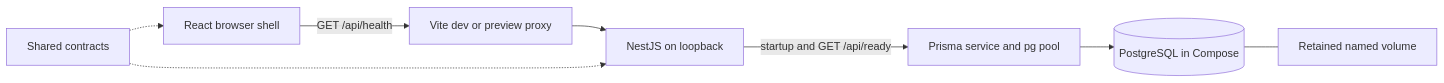
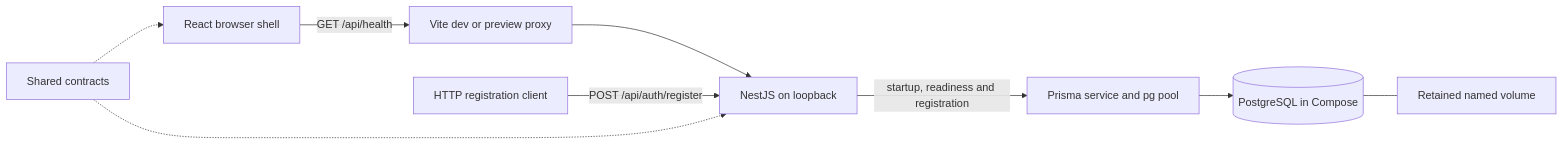
The diagram in docs/specs/0002-project-context.md (BecauseOfCourse-prog/webwargame), drawn with Mermaid before and after one commit. The commit also changed other lines of this file and 25 other files, not shown here.

````diff
--- a/docs/specs/0002-project-context.md
+++ b/docs/specs/0002-project-context.md
@@ -52,10 +54,11 @@
 ```mermaid
 flowchart LR
   Browser[React browser shell] -->|GET /api/health| Proxy[Vite dev or preview proxy]
   Proxy --> API[NestJS on loopback]
-  API -->|startup and GET /api/ready| Prisma[Prisma service and pg pool]
+  Registration[HTTP registration client] -->|POST /api/auth/register| API
+  API -->|startup, readiness and registration| Prisma[Prisma service and pg pool]
   Prisma --> PG[(PostgreSQL in Compose)]
   PG --- Volume[Retained named volume]
   Contracts[Shared contracts] -.-> Browser
   Contracts -.-> API
 ```
````
